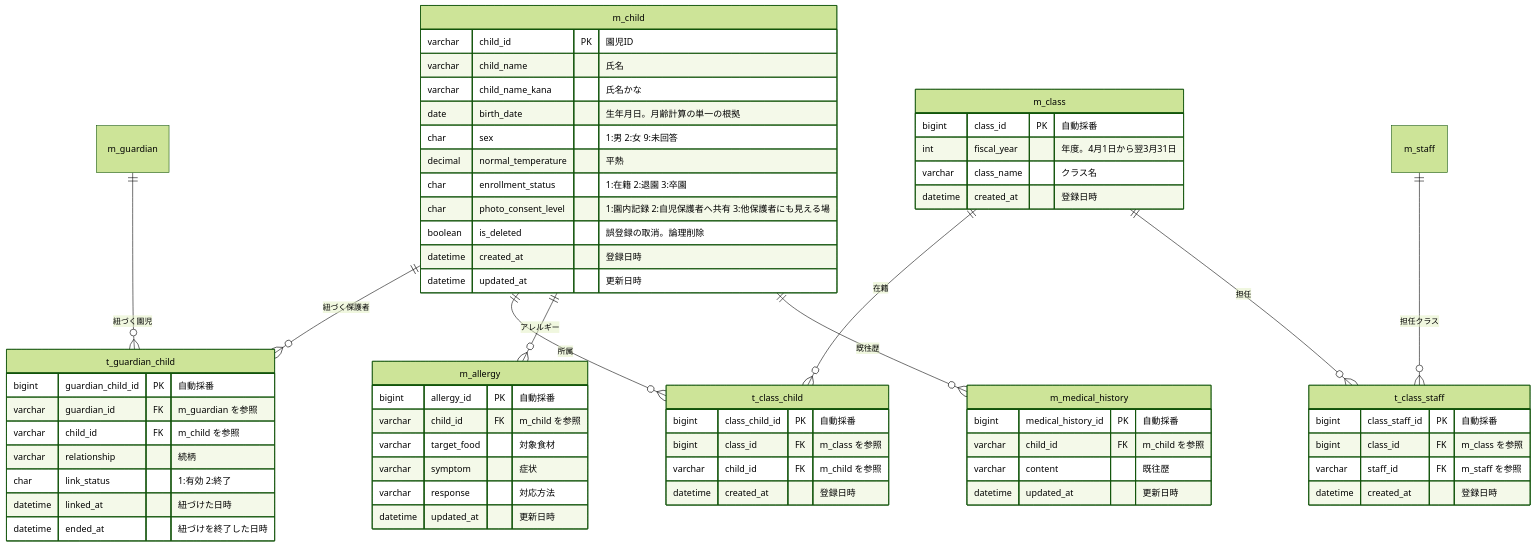
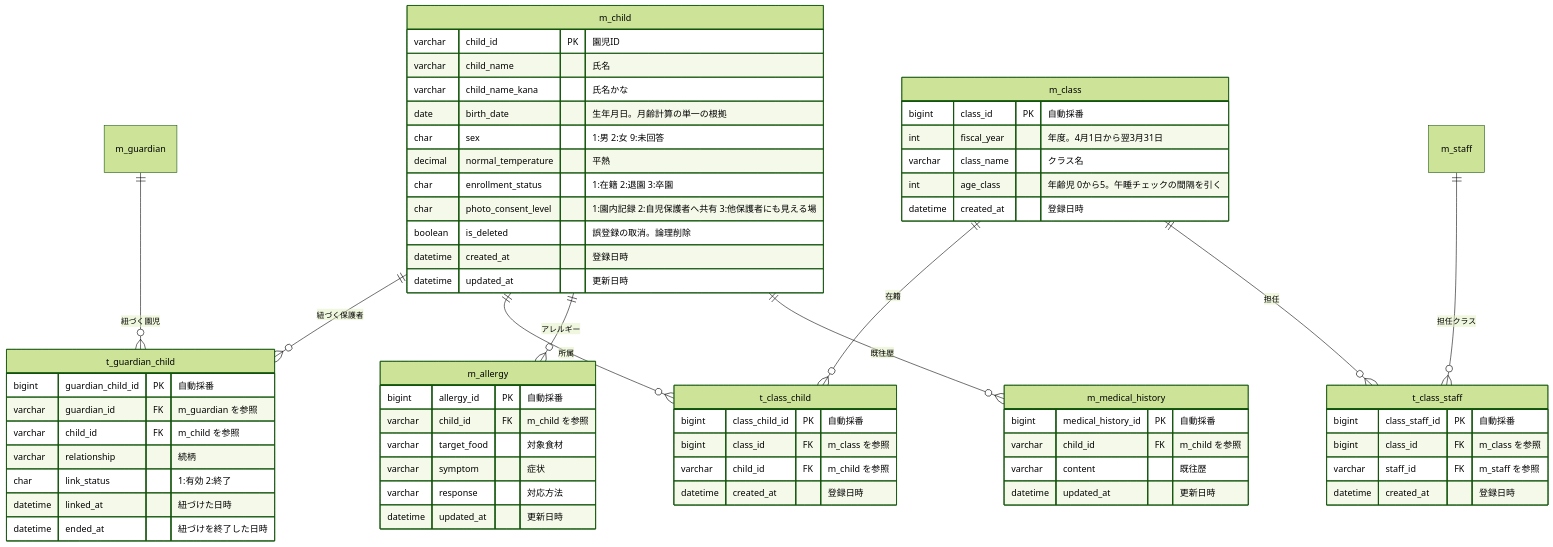
Before and after one commit to issei0423/sukusuku_system: the third of 8 diagrams in 図/ER図.md, drawn with Mermaid (forest theme). The commit also changed other lines of this file and 5 other files, not shown here.

First line of the commit message:
設計の穴8件を決着させ、要件定義書・基本設計書・図へ反映した

````diff
--- a/図/ER図.md
+++ b/図/ER図.md
@@ -165,66 +166,67 @@
 ```mermaid
 erDiagram
     m_child ||--o{ t_guardian_child : "紐づく保護者"
     m_guardian ||--o{ t_guardian_child : "紐づく園児"
     m_class ||--o{ t_class_child : "在籍"
     m_child ||--o{ t_class_child : "所属"
     m_class ||--o{ t_class_staff : "担任"
     m_staff ||--o{ t_class_staff : "担任クラス"
     m_child ||--o{ m_allergy : "アレルギー"
     m_child ||--o{ m_medical_history : "既往歴"
 
     m_child {
         varchar child_id PK "園児ID"
         varchar child_name "氏名"
         varchar child_name_kana "氏名かな"
         date birth_date "生年月日。月齢計算の単一の根拠"
         char sex "1:男 2:女 9:未回答"
         decimal normal_temperature "平熱"
         char enrollment_status "1:在籍 2:退園 3:卒園"
         char photo_consent_level "1:園内記録 2:自児保護者へ共有 3:他保護者にも見える場"
         boolean is_deleted "誤登録の取消。論理削除"
         datetime created_at "登録日時"
         datetime updated_at "更新日時"
     }
     m_class {
         bigint class_id PK "自動採番"
         int fiscal_year "年度。4月1日から翌3月31日"
         varchar class_name "クラス名"
+        int age_class "年齢児 0から5。午睡チェックの間隔を引く"
         datetime created_at "登録日時"
     }
     t_class_child {
         bigint class_child_id PK "自動採番"
         bigint class_id FK "m_class を参照"
         varchar child_id FK "m_child を参照"
         datetime created_at "登録日時"
     }
     t_class_staff {
         bigint class_staff_id PK "自動採番"
         bigint class_id FK "m_class を参照"
         varchar staff_id FK "m_staff を参照"
         datetime created_at "登録日時"
     }
     t_guardian_child {
         bigint guardian_child_id PK "自動採番"
         varchar guardian_id FK "m_guardian を参照"
         varchar child_id FK "m_child を参照"
         varchar relationship "続柄"
         char link_status "1:有効 2:終了"
         datetime linked_at "紐づけた日時"
         datetime ended_at "紐づけを終了した日時"
     }
     m_allergy {
         bigint allergy_id PK "自動採番"
         varchar child_id FK "m_child を参照"
         varchar target_food "対象食材"
         varchar symptom "症状"
         varchar response "対応方法"
         datetime updated_at "更新日時"
     }
     m_medical_history {
         bigint medical_history_id PK "自動採番"
         varchar child_id FK "m_child を参照"
         varchar content "既往歴"
         datetime updated_at "更新日時"
     }
 ```
````
